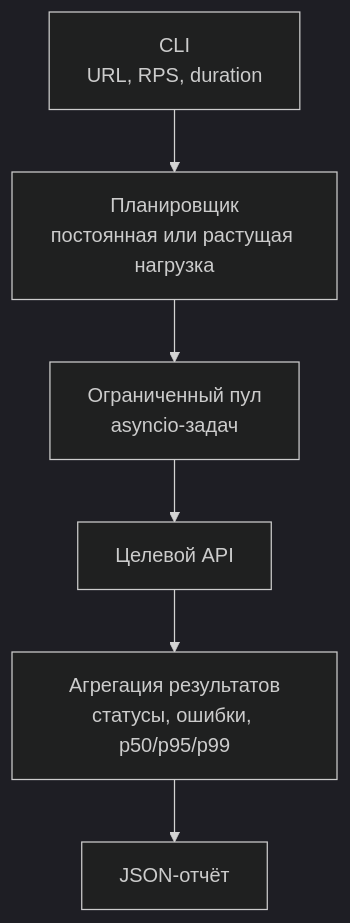
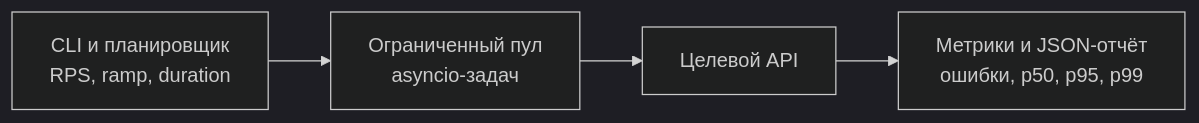
The diagram in README.md (TheEdfog/api-load-tester), drawn with Mermaid (dark theme) before and after one commit.

Commit message:
docs: compact load test diagram

````diff
--- a/README.md
+++ b/README.md
@@ -9,8 +9,6 @@
 ```mermaid
-flowchart TD
-    cli["CLI<br/>URL, RPS, duration"] --> scheduler["Планировщик<br/>постоянная или растущая нагрузка"]
-    scheduler --> pool["Ограниченный пул<br/>asyncio-задач"]
+flowchart LR
+    cli["CLI и планировщик<br/>RPS, ramp, duration"] --> pool["Ограниченный пул<br/>asyncio-задач"]
     pool --> api["Целевой API"]
-    api --> metrics["Агрегация результатов<br/>статусы, ошибки, p50/p95/p99"]
-    metrics --> report["JSON-отчёт"]
+    api --> report["Метрики и JSON-отчёт<br/>ошибки, p50, p95, p99"]
 ```
````
